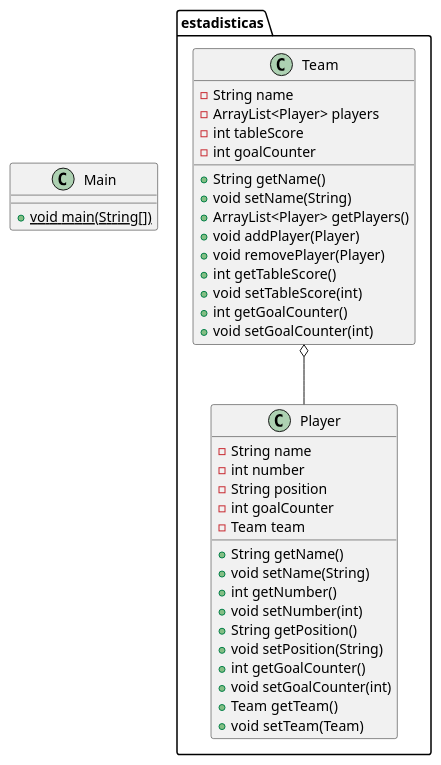
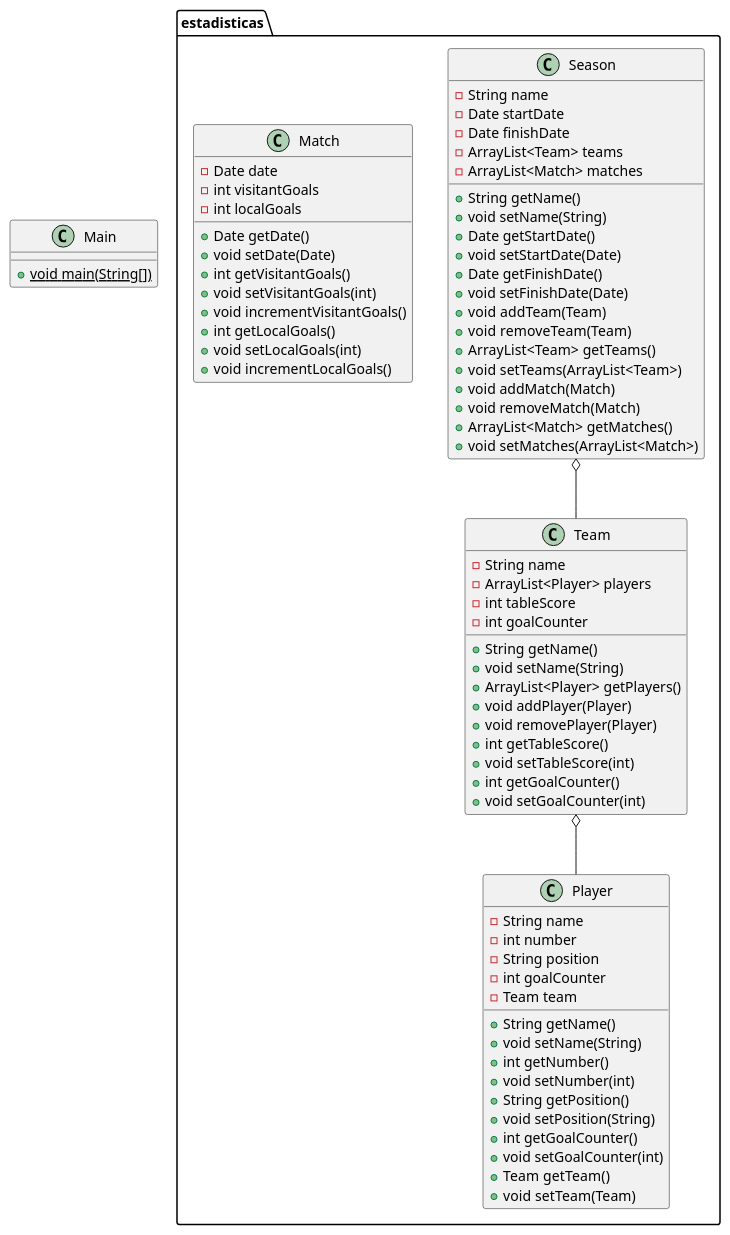
Before and after one commit to davidpaz0283/TP: the diagram in TP_POO/class_diagram.puml, drawn with PlantUML. The commit also changed 1 other file, not shown here.

Commit message:
feat: add class diagram

```diff
--- a/TP_POO/class_diagram.puml
+++ b/TP_POO/class_diagram.puml
@@ -1,40 +1,76 @@
 @startuml
 class estadisticas.Team {
 - String name
 - ArrayList<Player> players
 - int tableScore
 - int goalCounter
 + String getName()
 + void setName(String)
 + ArrayList<Player> getPlayers()
 + void addPlayer(Player)
 + void removePlayer(Player)
 + int getTableScore()
 + void setTableScore(int)
 + int getGoalCounter()
 + void setGoalCounter(int)
+}
+class estadisticas.Season {
+- String name
+- Date startDate
+- Date finishDate
+- ArrayList<Team> teams
+- ArrayList<Match> matches
++ String getName()
++ void setName(String)
++ Date getStartDate()
++ void setStartDate(Date)
++ Date getFinishDate()
++ void setFinishDate(Date)
++ void addTeam(Team)
++ void removeTeam(Team)
++ ArrayList<Team> getTeams()
++ void setTeams(ArrayList<Team>)
++ void addMatch(Match)
++ void removeMatch(Match)
++ ArrayList<Match> getMatches()
++ void setMatches(ArrayList<Match>)
 }
 class estadisticas.Player {
 - String name
 - int number
 - String position
 - int goalCounter
 - Team team
 + String getName()
 + void setName(String)
 + int getNumber()
 + void setNumber(int)
 + String getPosition()
 + void setPosition(String)
 + int getGoalCounter()
 + void setGoalCounter(int)
 + Team getTeam()
 + void setTeam(Team)
 }
 class Main {
 + {static} void main(String[])
 }
+class estadisticas.Match {
+- Date date
+- int visitantGoals
+- int localGoals
++ Date getDate()
++ void setDate(Date)
++ int getVisitantGoals()
++ void setVisitantGoals(int)
++ void incrementVisitantGoals()
++ int getLocalGoals()
++ void setLocalGoals(int)
++ void incrementLocalGoals()
+}
 
 estadisticas.Team o-- estadisticas.Player
 
+estadisticas.Season o-- estadisticas.Team
+
 @enduml
```
